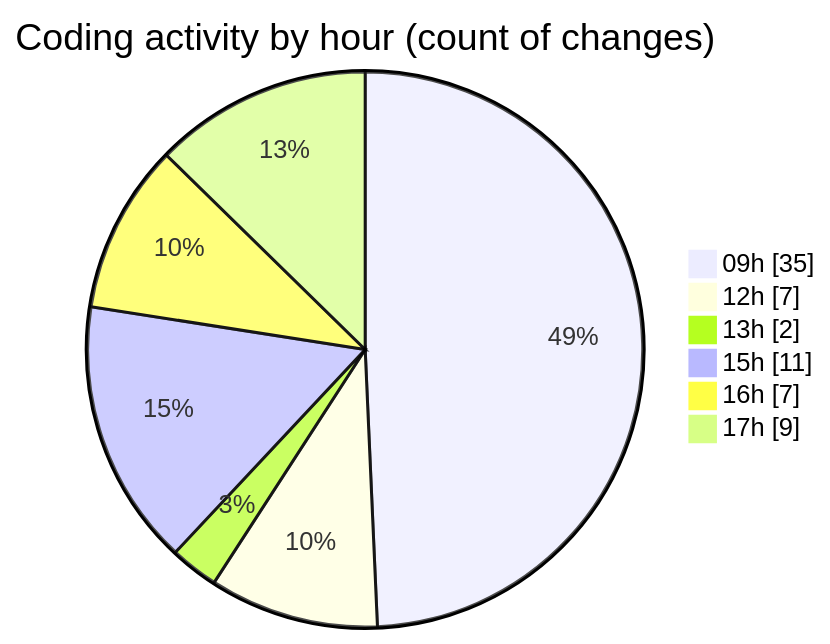
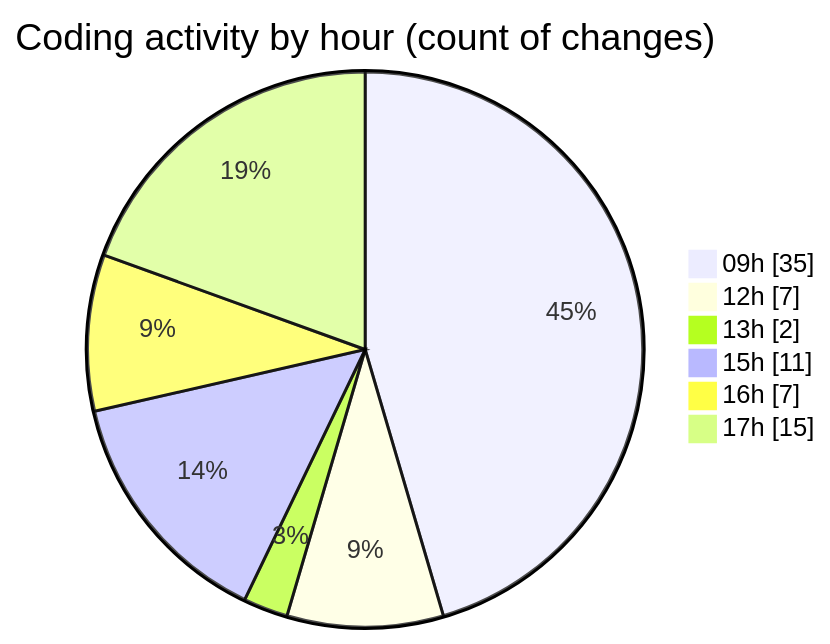
The second of 2 diagrams in 2026-06-11/cda/README.md (momahboobian/code-tracking), drawn with Mermaid before and after one commit. The commit also changed other lines of this file and 1 other file, not shown here.

````diff
--- a/2026-06-11/cda/README.md
+++ b/2026-06-11/cda/README.md
@@ -66,10 +66,10 @@
 ```mermaid
 pie showData
 title Coding activity by hour (count of changes)
 "09h" : 35
 "12h" : 7
 "13h" : 2
 "15h" : 11
 "16h" : 7
-"17h" : 9
+"17h" : 15
 ```
````
